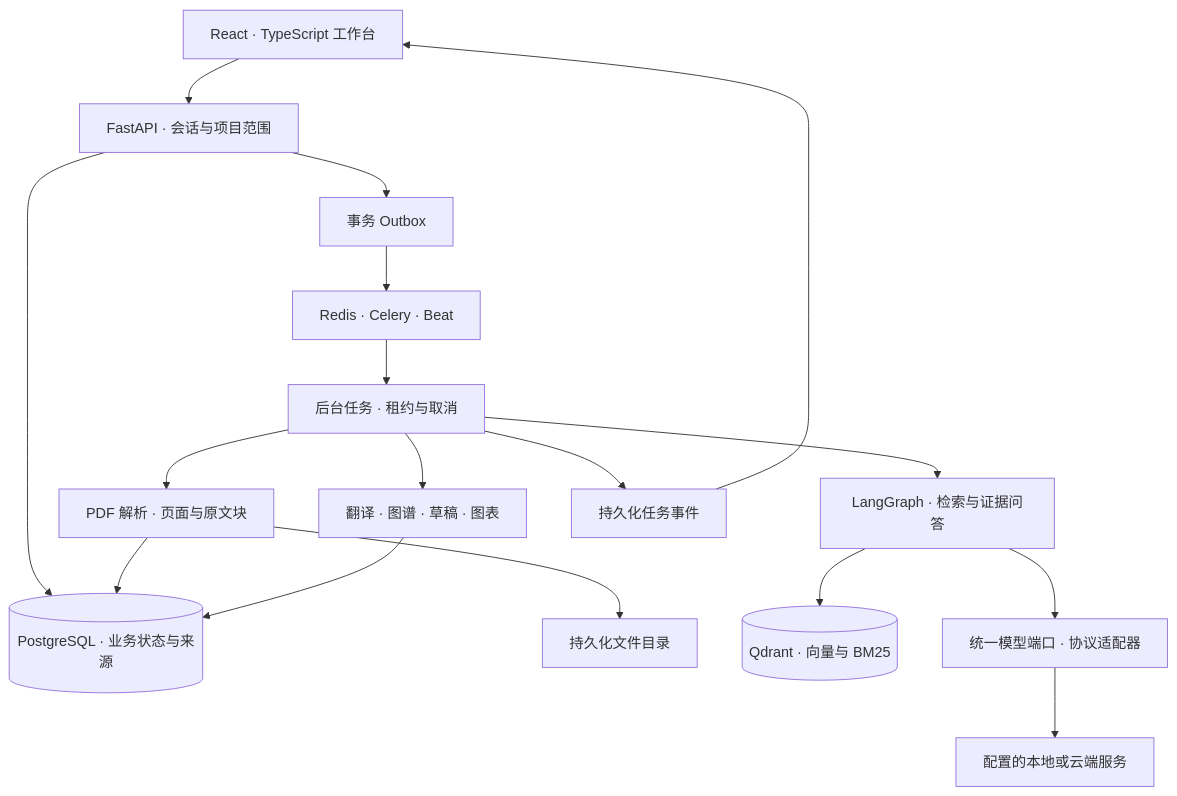
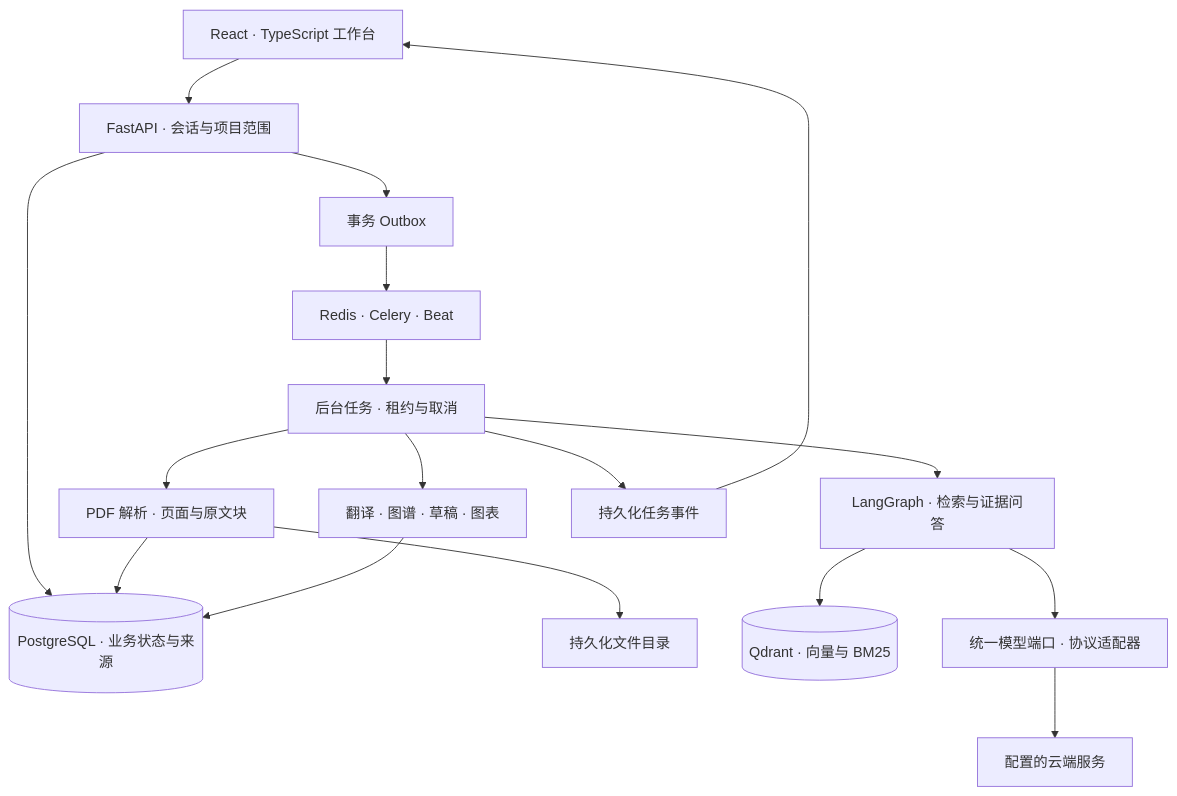
Before and after one commit to JingleiCui/ScholarShip: the diagram in README.md, drawn with Mermaid. The commit also changed other lines of this file and 110 other files, not shown here.

````diff
--- a/README.md
+++ b/README.md
@@ -40,19 +41,19 @@
 ```mermaid
 flowchart TB
     UI[React · TypeScript 工作台] --> API[FastAPI · 会话与项目范围]
     API --> PG[(PostgreSQL · 业务状态与来源)]
     API --> Outbox[事务 Outbox]
     Outbox --> Queue[Redis · Celery · Beat]
     Queue --> Worker[后台任务 · 租约与取消]
     Worker --> Parse[PDF 解析 · 页面与原文块]
     Parse --> Files[持久化文件目录]
     Parse --> PG
     Worker --> RAG[LangGraph · 检索与证据问答]
     RAG --> Qdrant[(Qdrant · 向量与 BM25)]
     RAG --> Models[统一模型端口 · 协议适配器]
-    Models --> Providers[配置的本地或云端服务]
+    Models --> Providers[配置的云端服务]
     Worker --> Artifacts[翻译 · 图谱 · 草稿 · 图表]
     Artifacts --> PG
     Worker --> Events[持久化任务事件]
     Events --> UI
 ```
````
